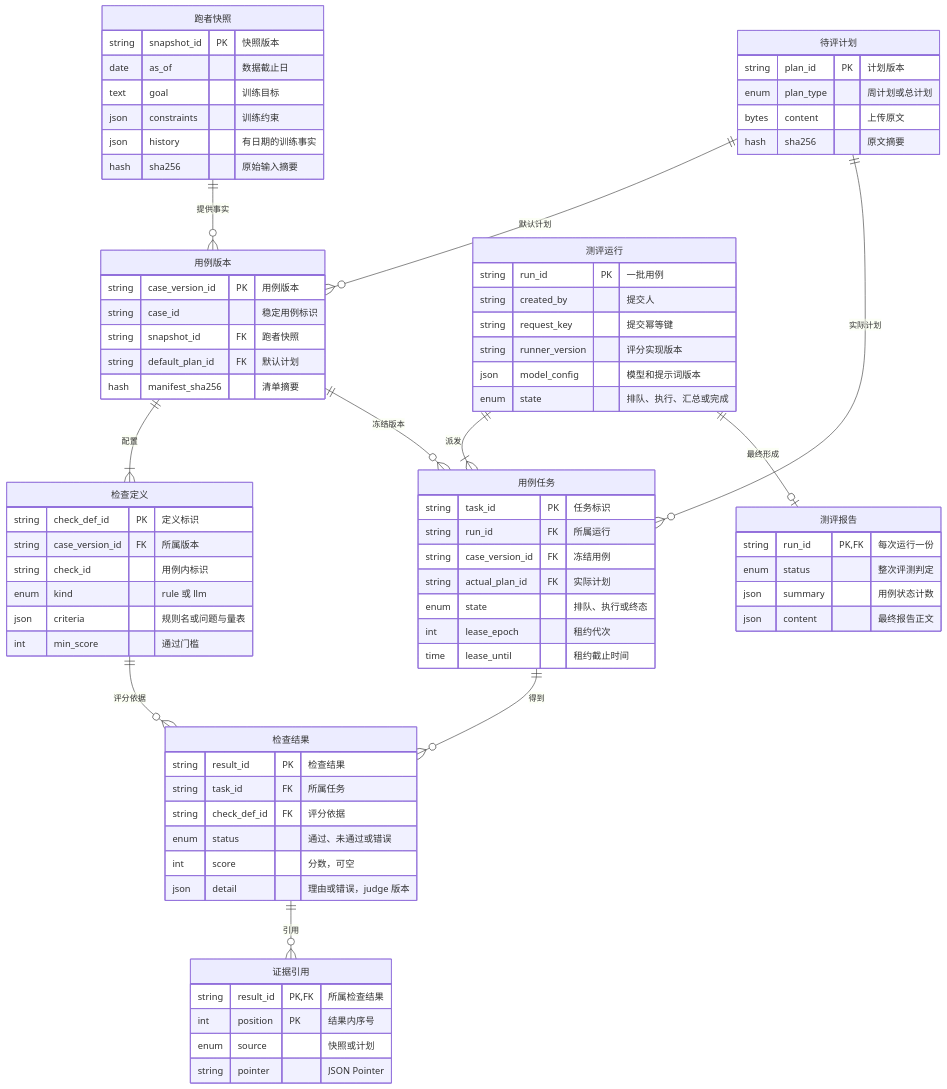
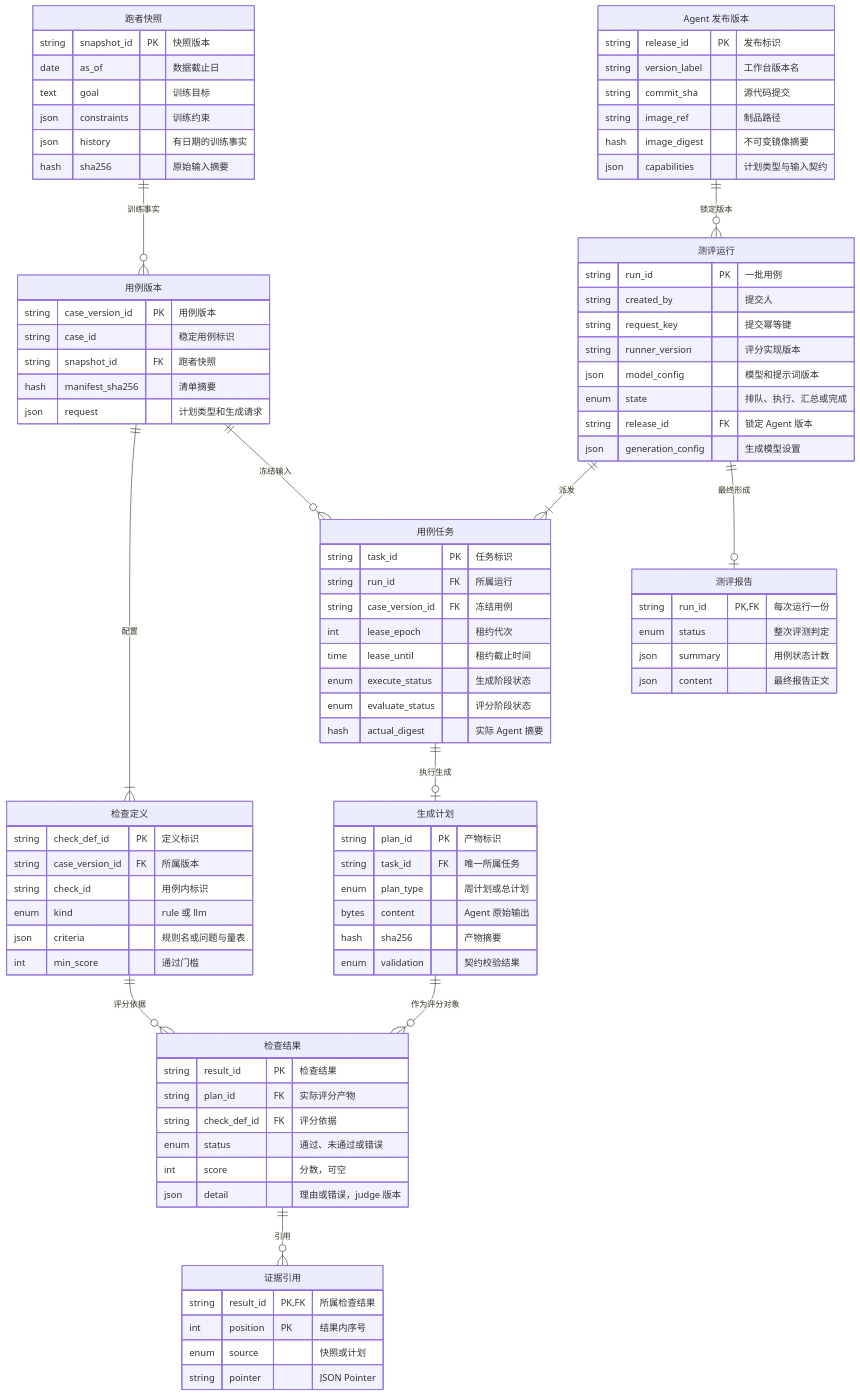
The second of 2 diagrams in docs/superpowers/specs/2026-11-23-offline-plan-eval.md (zhaochy1990/running), drawn with Mermaid before and after one commit. The commit also changed other lines of this file and 1 other file, not shown here.

Commit message:
docs: 按指定 Coach Agent 版本执行生成后再进行双路评分

```diff
--- a/docs/superpowers/specs/2026-11-23-offline-plan-eval.md
+++ b/docs/superpowers/specs/2026-11-23-offline-plan-eval.md
@@ -188,8 +236,8 @@
         string case_version_id PK "用例版本"
         string case_id "稳定用例标识"
         string snapshot_id FK "跑者快照"
-        string default_plan_id FK "默认计划"
         hash manifest_sha256 "清单摘要"
+        json request "计划类型和生成请求"
     }
     "检查定义" {
         string check_def_id PK "定义标识"
@@ -199,24 +247,27 @@
         json criteria "规则名或问题与量表"
         int min_score "通过门槛"
     }
-    "待评计划" {
-        string plan_id PK "计划版本"
+    "生成计划" {
+        string plan_id PK "产物标识"
+        string task_id FK "唯一所属任务"
         enum plan_type "周计划或总计划"
-        bytes content "上传原文"
-        hash sha256 "原文摘要"
+        bytes content "Agent 原始输出"
+        hash sha256 "产物摘要"
+        enum validation "契约校验结果"
     }
     "用例任务" {
         string task_id PK "任务标识"
         string run_id FK "所属运行"
         string case_version_id FK "冻结用例"
-        string actual_plan_id FK "实际计划"
-        enum state "排队、执行或终态"
         int lease_epoch "租约代次"
         time lease_until "租约截止时间"
+        enum execute_status "生成阶段状态"
+        enum evaluate_status "评分阶段状态"
+        hash actual_digest "实际 Agent 摘要"
     }
     "检查结果" {
         string result_id PK "检查结果"
-        string task_id FK "所属任务"
+        string plan_id FK "实际评分产物"
         string check_def_id FK "评分依据"
         enum status "通过、未通过或错误"
         int score "分数，可空"
@@ -235,6 +286,8 @@
         string runner_version "评分实现版本"
         json model_config "模型和提示词版本"
         enum state "排队、执行、汇总或完成"
+        string release_id FK "锁定 Agent 版本"
+        json generation_config "生成模型设置"
     }
     "证据引用" {
         string result_id PK,FK "所属检查结果"
@@ -242,13 +295,21 @@
         enum source "快照或计划"
         string pointer "JSON Pointer"
     }
-    "跑者快照" ||--o{ "用例版本" : "提供事实"
-    "待评计划" ||--o{ "用例版本" : "默认计划"
+    "Agent 发布版本" {
+        string release_id PK "发布标识"
+        string version_label "工作台版本名"
+        string commit_sha "源代码提交"
+        string image_ref "制品路径"
+        hash image_digest "不可变镜像摘要"
+        json capabilities "计划类型与输入契约"
+    }
+    "跑者快照" ||--o{ "用例版本" : "训练事实"
     "用例版本" ||--|{ "检查定义" : "配置"
-    "用例版本" ||--o{ "用例任务" : "冻结版本"
-    "待评计划" ||--o{ "用例任务" : "实际计划"
+    "用例版本" ||--o{ "用例任务" : "冻结输入"
+    "Agent 发布版本" ||--o{ "测评运行" : "锁定版本"
     "测评运行" ||--|{ "用例任务" : "派发"
-    "用例任务" ||--o{ "检查结果" : "得到"
+    "用例任务" ||--o| "生成计划" : "执行生成"
+    "生成计划" ||--o{ "检查结果" : "作为评分对象"
     "检查定义" ||--o{ "检查结果" : "评分依据"
     "检查结果" ||--o{ "证据引用" : "引用"
     "测评运行" ||--o| "测评报告" : "最终形成"
```
